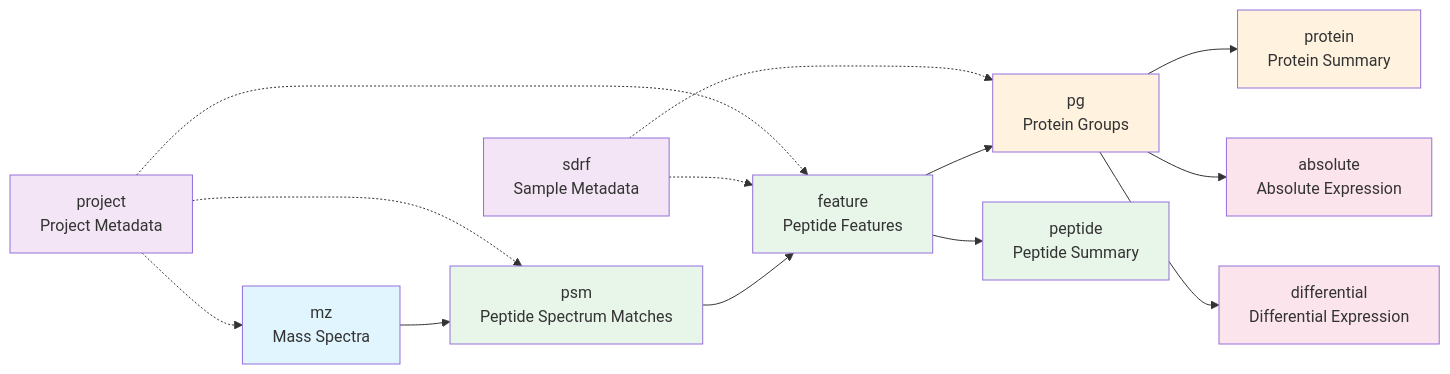
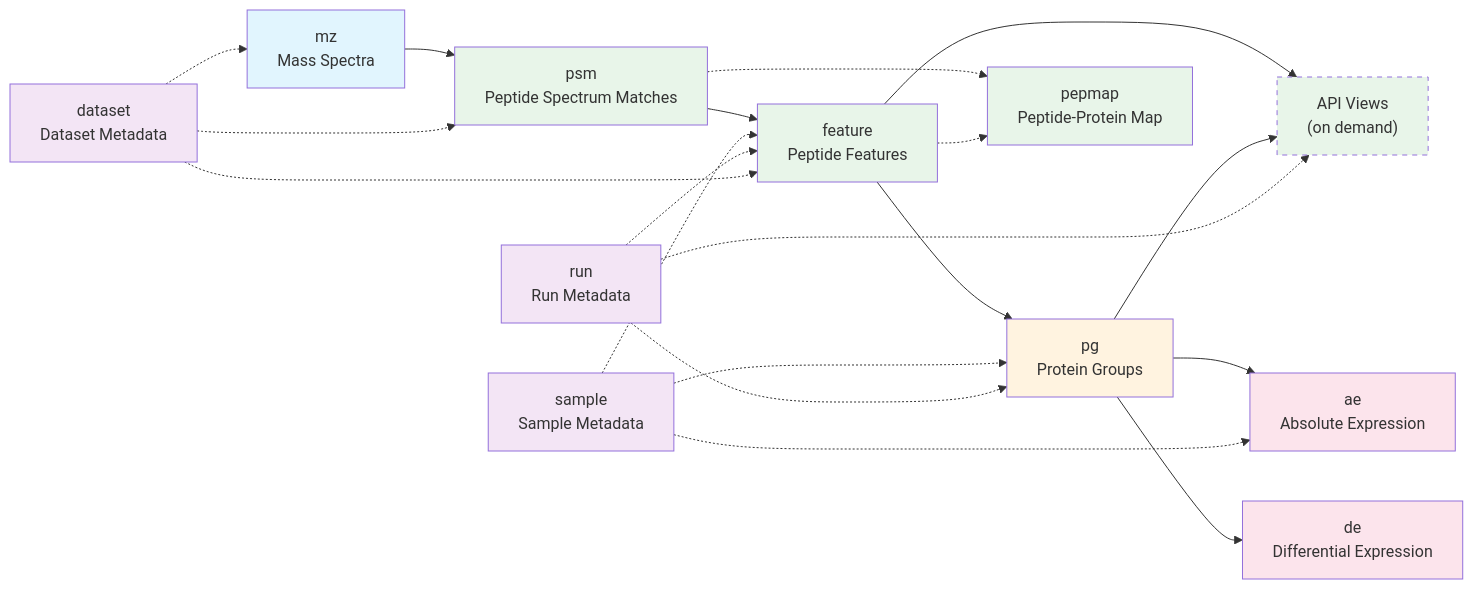
One commit to yueqixuan/quantms.io changed the diagram in docs/spec/index.md. Above: the diagram before and after it, drawn with Mermaid. The commit also changed other lines of this file and 333 other files, not shown here.

````diff
--- a/docs/spec/index.md
+++ b/docs/spec/index.md
@@ -14,26 +14,33 @@
 ```mermaid
 graph LR
     MZ[mz<br/>Mass Spectra] --> PSM[psm<br/>Peptide Spectrum Matches]
     PSM --> FEAT[feature<br/>Peptide Features]
     FEAT --> PG[pg<br/>Protein Groups]
-    FEAT --> PEP[peptide<br/>Peptide Summary]
-    PG --> PROT[protein<br/>Protein Summary]
-    PG --> ABS[absolute<br/>Absolute Expression]
-    PG --> DIFF[differential<br/>Differential Expression]
-    SDRF[sdrf<br/>Sample Metadata] -.-> FEAT
-    SDRF -.-> PG
-    PROJ[project<br/>Project Metadata] -.-> MZ
-    PROJ -.-> PSM
-    PROJ -.-> FEAT
+    FEAT --> API["API Views<br/>(on demand)"]
+    PG --> API
+    PG --> AE[ae<br/>Absolute Expression]
+    PG --> DE[de<br/>Differential Expression]
+    PSM -.-> PPM[pepmap<br/>Peptide-Protein Map]
+    FEAT -.-> PPM
+    SAMPLE[sample<br/>Sample Metadata] -.-> FEAT
+    SAMPLE -.-> PG
+    SAMPLE -.-> AE
+    RUN[run<br/>Run Metadata] -.-> FEAT
+    RUN -.-> PG
+    RUN -.-> API
+    DATASET[dataset<br/>Dataset Metadata] -.-> MZ
+    DATASET -.-> PSM
+    DATASET -.-> FEAT
 
     style MZ fill:#e1f5fe
     style PSM fill:#e8f5e9
     style FEAT fill:#e8f5e9
-    style PEP fill:#e8f5e9
     style PG fill:#fff3e0
-    style PROT fill:#fff3e0
-    style ABS fill:#fce4ec
-    style DIFF fill:#fce4ec
-    style SDRF fill:#f3e5f5
-    style PROJ fill:#f3e5f5
+    style PPM fill:#e8f5e9
+    style API fill:#e8f5e9,stroke-dasharray: 5 5
+    style AE fill:#fce4ec
+    style DE fill:#fce4ec
+    style SAMPLE fill:#f3e5f5
+    style RUN fill:#f3e5f5
+    style DATASET fill:#f3e5f5
 ```
````
